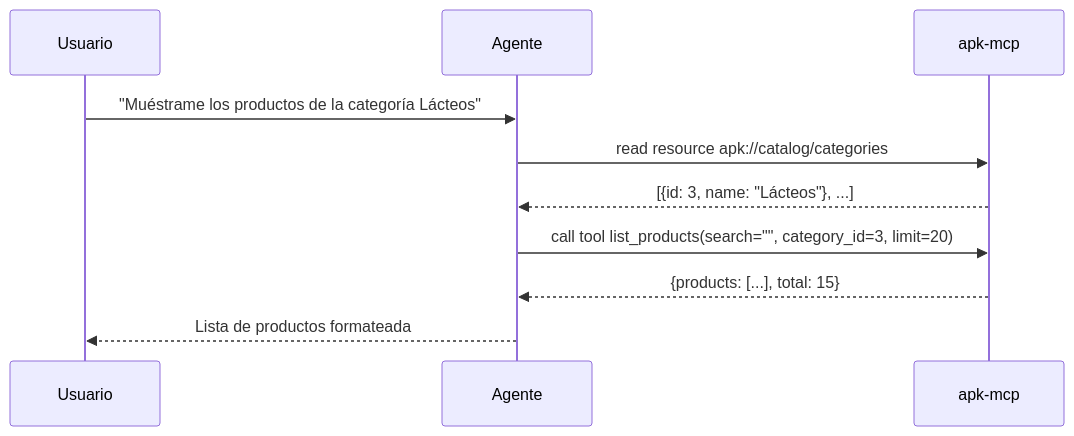
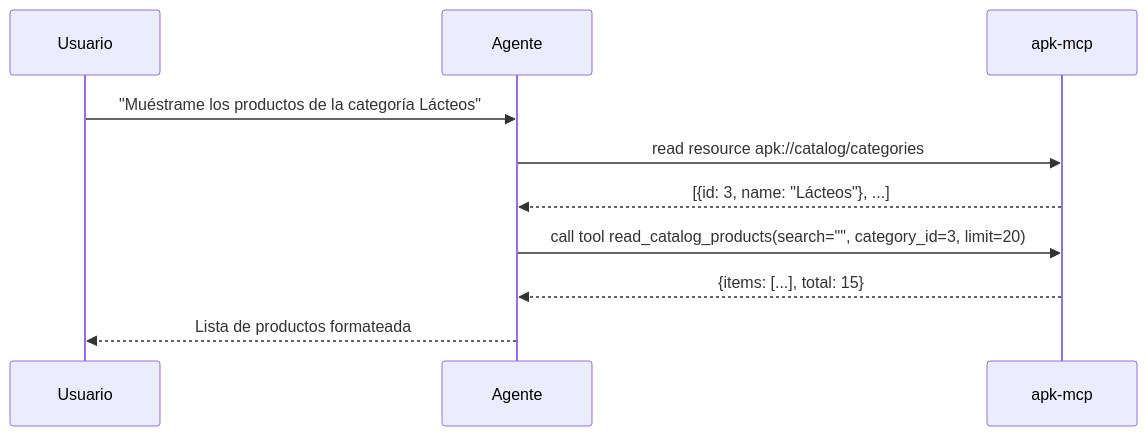
The second of 4 diagrams in docs/flujo-uso-agente.md (aprezcuba24/odoo-shop-mcp), drawn with Mermaid before and after one commit. The commit also changed other lines of this file and 5 other files, not shown here.

````diff
--- a/docs/flujo-uso-agente.md
+++ b/docs/flujo-uso-agente.md
@@ -126,13 +126,13 @@
 ```mermaid
 sequenceDiagram
     participant U as Usuario
     participant A as Agente
     participant M as apk-mcp
 
     U->>A: "Muéstrame los productos de la categoría Lácteos"
     A->>M: read resource apk://catalog/categories
     M-->>A: [{id: 3, name: "Lácteos"}, ...]
-    A->>M: call tool list_products(search="", category_id=3, limit=20)
-    M-->>A: {products: [...], total: 15}
+    A->>M: call tool read_catalog_products(search="", category_id=3, limit=20)
+    M-->>A: {items: [...], total: 15}
     A-->>U: Lista de productos formateada
 ```
````
